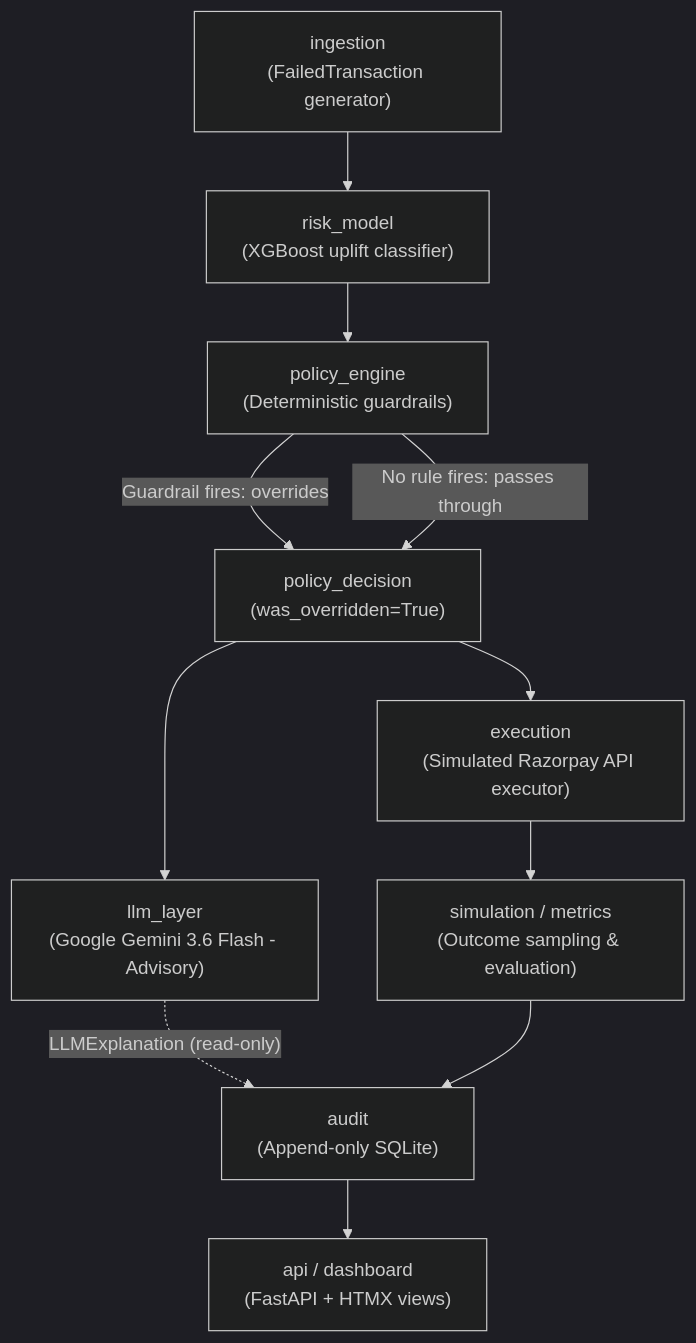
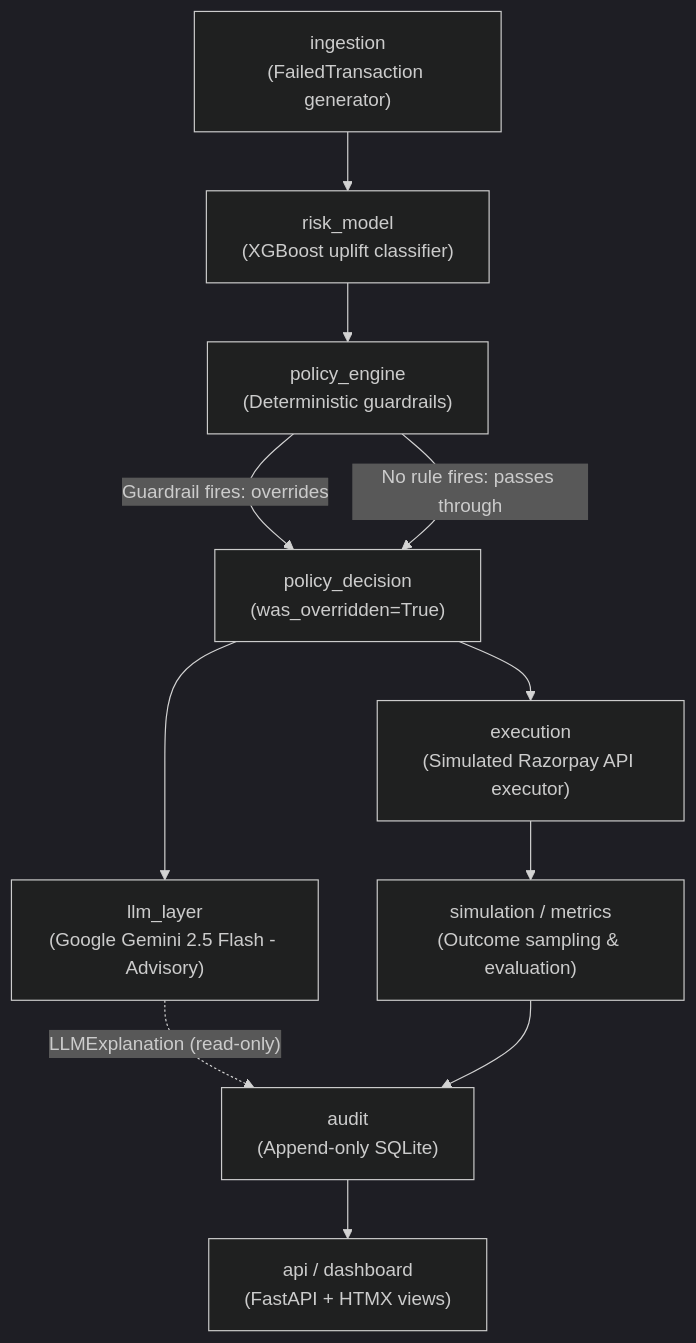
One commit to Dinesh-kumar9/Razorpay changed the diagram in ARCHITECTURE.md. Above: the diagram before and after it, drawn with Mermaid (dark theme). The commit also changed other lines of this file and 3 other files, not shown here.

Commit message:
fix(llm): standardize Gemini model string to published gemini-2.5-flash across all files

````diff
--- a/ARCHITECTURE.md
+++ b/ARCHITECTURE.md
@@ -23,13 +23,13 @@
 ```mermaid
 flowchart TD
     A["ingestion\n(FailedTransaction generator)"] --> B["risk_model\n(XGBoost uplift classifier)"]
     B --> C["policy_engine\n(Deterministic guardrails)"]
     C -->|"Guardrail fires: overrides"| D["policy_decision\n(was_overridden=True)"]
     C -->|"No rule fires: passes through"| D
-    D --> E["llm_layer\n(Google Gemini 3.6 Flash - Advisory)"]
+    D --> E["llm_layer\n(Google Gemini 2.5 Flash - Advisory)"]
     E -.->|"LLMExplanation (read-only)"| H["audit\n(Append-only SQLite)"]
     D --> F["execution\n(Simulated Razorpay API executor)"]
     F --> G["simulation / metrics\n(Outcome sampling & evaluation)"]
     G --> H
     H --> I["api / dashboard\n(FastAPI + HTMX views)"]
 ```
````
